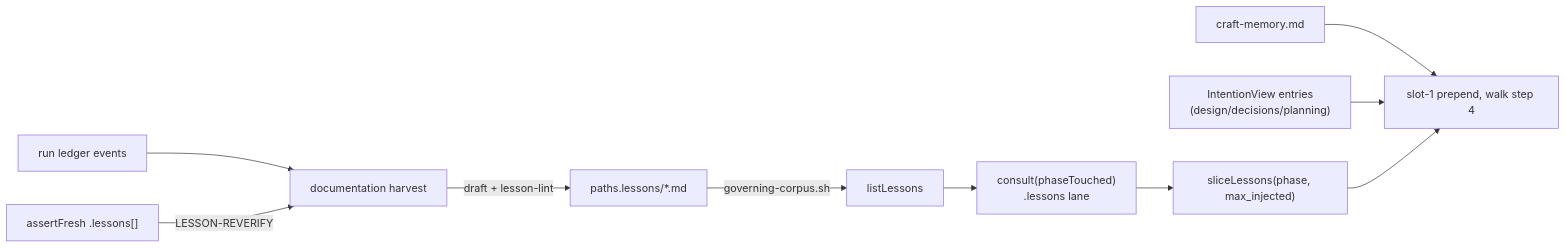
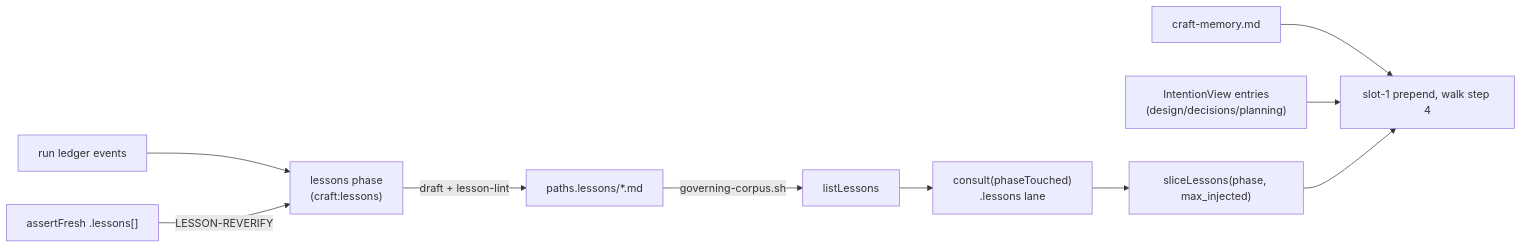
The diagram in docs/contributing/design/lessons-corpus.md (scolladon/craft), drawn with Mermaid before and after one commit. The commit also changed other lines of this file, not shown here.

Commit message:
docs(design): revise lessons-corpus against ADRs 655-659

````diff
--- a/docs/contributing/design/lessons-corpus.md
+++ b/docs/contributing/design/lessons-corpus.md
@@ -140,12 +199,12 @@
 ```mermaid
 flowchart LR
   L["paths.lessons/*.md"] -->|governing-corpus.sh| LL[listLessons]
   LL --> C["consult(phaseTouched)\n.lessons lane"]
   C --> S["sliceLessons(phase, max_injected)"]
   M[craft-memory.md] --> P
   I["IntentionView entries\n(design/decisions/planning)"] --> P
   S --> P[slot-1 prepend, walk step 4]
-  LED[run ledger events] --> H[documentation harvest]
+  LED[run ledger events] --> H["lessons phase\n(craft:lessons)"]
   H -->|draft + lesson-lint| L
   AF["assertFresh .lessons[]"] -->|LESSON-REVERIFY| H
 ```
````
